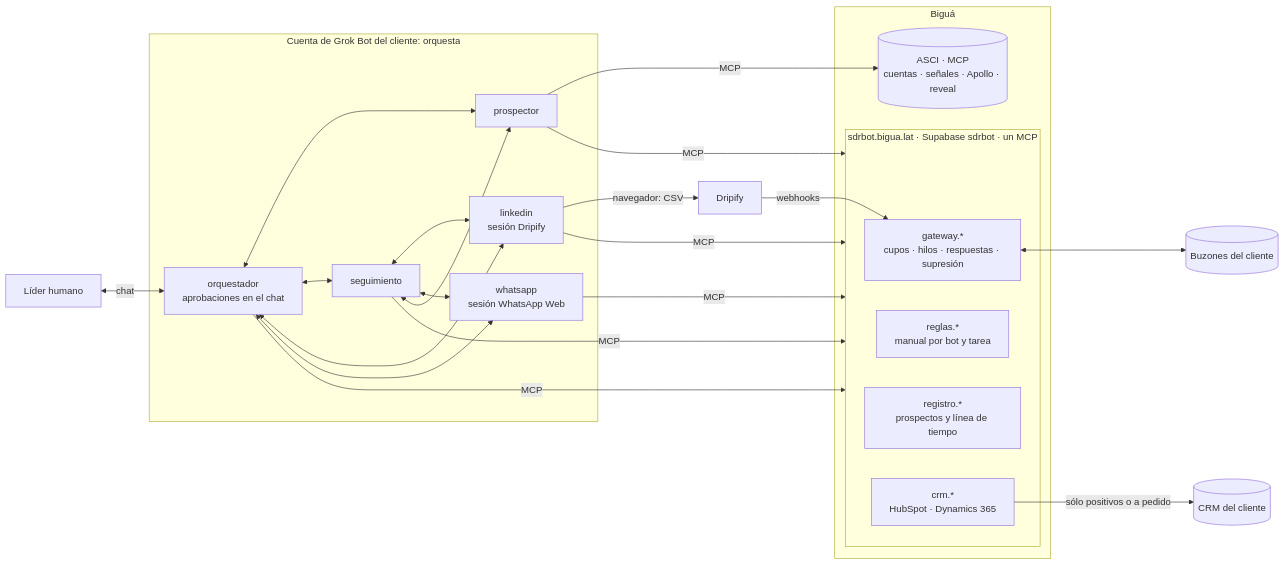
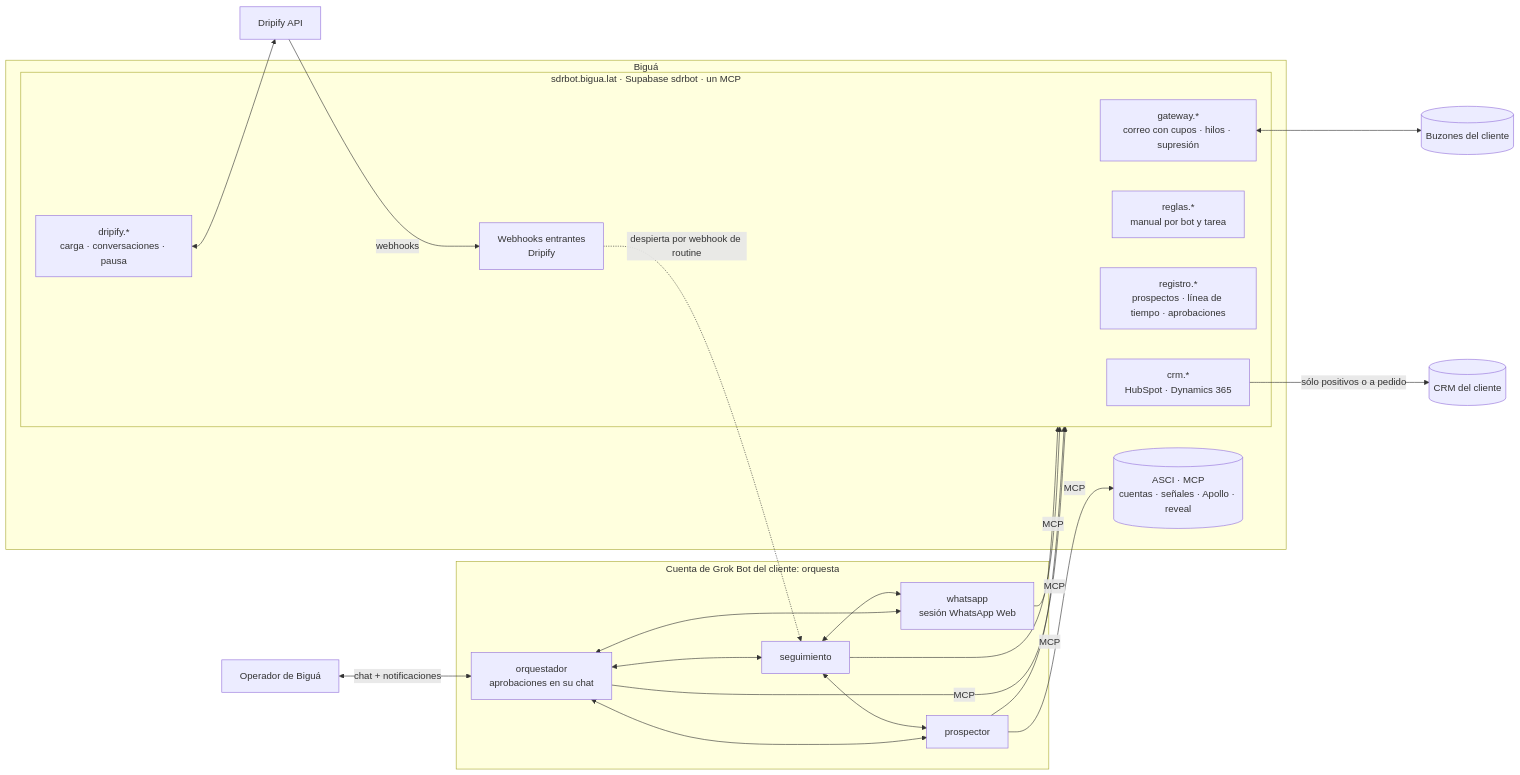
Before and after one commit to ignaciocuffia86/sdrbot: the first of 2 diagrams in docs/09-arquitectura-v2.md, drawn with Mermaid. The commit also changed other lines of this file and 3 other files, not shown here.

````diff
--- a/docs/09-arquitectura-v2.md
+++ b/docs/09-arquitectura-v2.md
@@ -53,30 +50,32 @@
 ```mermaid
 flowchart LR
   subgraph G["Cuenta de Grok Bot del cliente: orquesta"]
-    ORQ[orquestador<br/>aprobaciones en el chat]
+    ORQ[orquestador<br/>aprobaciones en su chat]
     PRO[prospector]
     SEG[seguimiento]
-    LI[linkedin<br/>sesión Dripify]
     WA[whatsapp<br/>sesión WhatsApp Web]
-    ORQ <--> PRO & SEG & LI & WA
-    SEG <--> LI & WA & PRO
+    ORQ <--> PRO & SEG & WA
+    SEG <--> PRO & WA
   end
-  H[Líder humano] <-- chat --> ORQ
+  OP[Operador de Biguá] <-- chat + notificaciones --> ORQ
 
   subgraph B["Biguá"]
     ASCI[(ASCI · MCP<br/>cuentas · señales · Apollo · reveal)]
     subgraph PL["sdrbot.bigua.lat · Supabase sdrbot · un MCP"]
-      GW[gateway.*<br/>cupos · hilos · respuestas · supresión]
+      GW[gateway.*<br/>correo con cupos · hilos · supresión]
       REG[reglas.*<br/>manual por bot y tarea]
-      RP[registro.*<br/>prospectos y línea de tiempo]
+      RP[registro.*<br/>prospectos · línea de tiempo · aprobaciones]
+      DR[dripify.*<br/>carga · conversaciones · pausa]
       CRM[crm.*<br/>HubSpot · Dynamics 365]
+      HK[Webhooks entrantes<br/>Dripify]
     end
   end
 
   PRO -- MCP --> ASCI
-  ORQ & PRO & SEG & LI & WA -- MCP --> PL
+  ORQ & PRO & SEG & WA -- MCP --> PL
   GW <--> BUZ[(Buzones del cliente)]
-  DRIP[Dripify] -- webhooks --> GW
-  LI -- navegador: CSV --> DRIP
+  DR <--> DRIP[Dripify API]
+  DRIP -- webhooks --> HK
+  HK -. despierta por webhook de routine .-> SEG
   CRM -- sólo positivos o a pedido --> CRMC[(CRM del cliente)]
 ```
````
